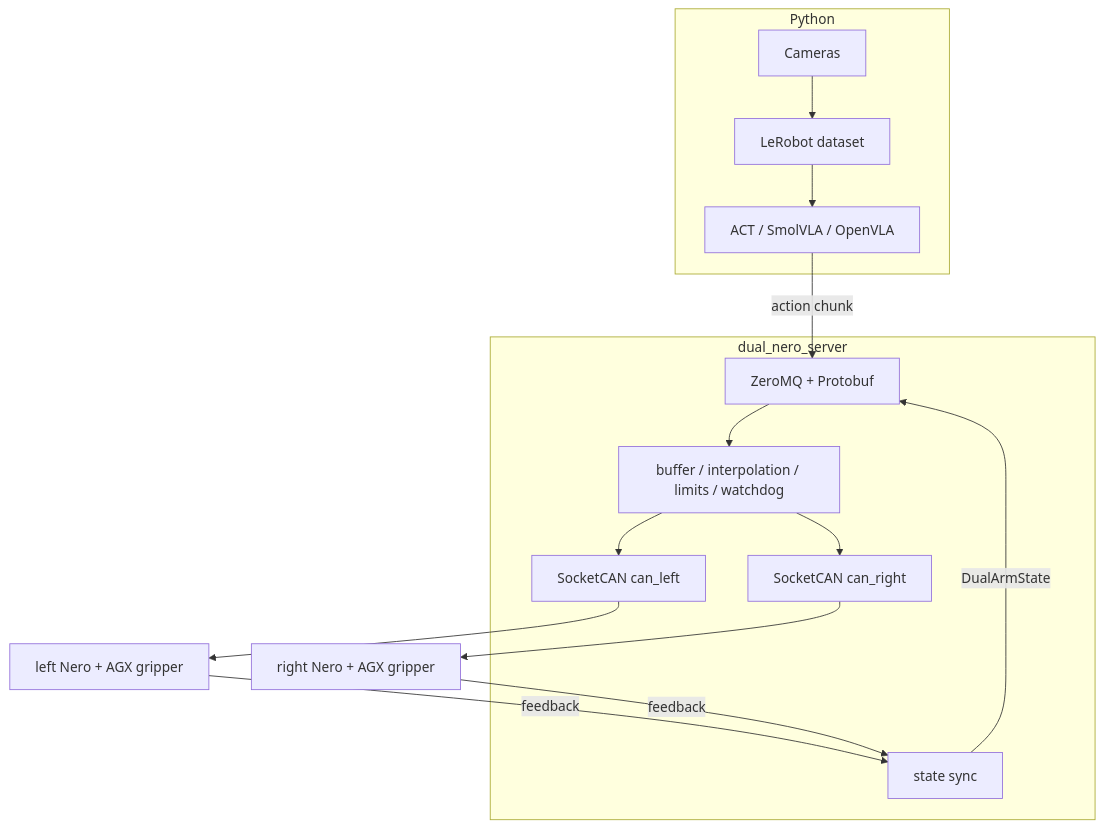
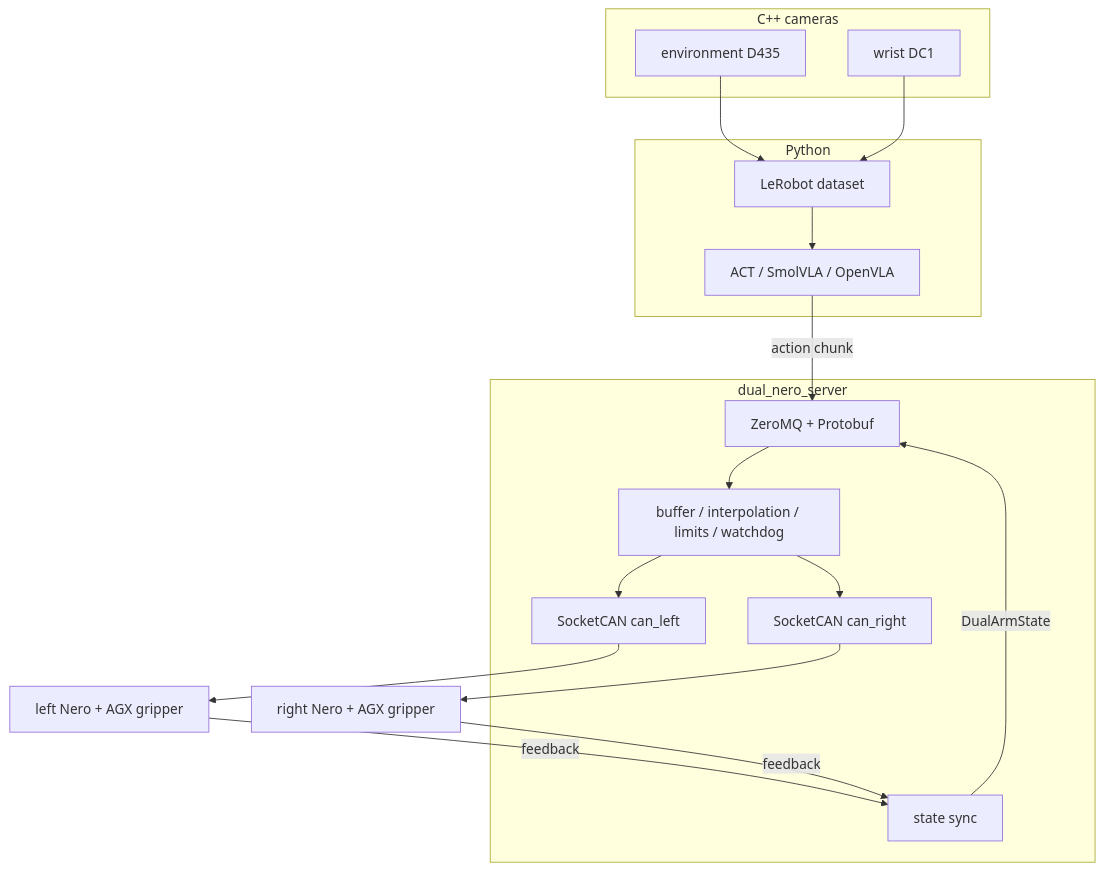
The diagram in docs/design/architecture.md (Louis-24000614/Dual_Nero_Vla), drawn with Mermaid before and after one commit. The commit also changed other lines of this file and 31 other files, not shown here.

````diff
--- a/docs/design/architecture.md
+++ b/docs/design/architecture.md
@@ -17,23 +17,30 @@
 ```mermaid
 flowchart TB
+  subgraph cam ["C++ cameras"]
+    env["environment D435"]
+    wrist["wrist DC1"]
+  end
   subgraph py ["Python"]
-    cameras["Cameras"] --> dataset["LeRobot dataset"]
-    dataset --> policy["ACT / SmolVLA / OpenVLA"]
+    dataset["LeRobot dataset"]
+    policy["ACT / SmolVLA / OpenVLA"]
   end
   subgraph cpp ["dual_nero_server"]
     ipc["ZeroMQ + Protobuf"]
     pipeline["buffer / interpolation / limits / watchdog"]
     canL["SocketCAN can_left"]
     canR["SocketCAN can_right"]
     sync["state sync"]
     ipc --> pipeline
     pipeline --> canL
     pipeline --> canR
     sync -->|"DualArmState"| ipc
   end
+  env --> dataset
+  wrist --> dataset
+  dataset --> policy
   policy -->|"action chunk"| ipc
   canL --> leftArm["left Nero + AGX gripper"]
   canR --> rightArm["right Nero + AGX gripper"]
   leftArm -->|"feedback"| sync
   rightArm -->|"feedback"| sync
 ```
````
